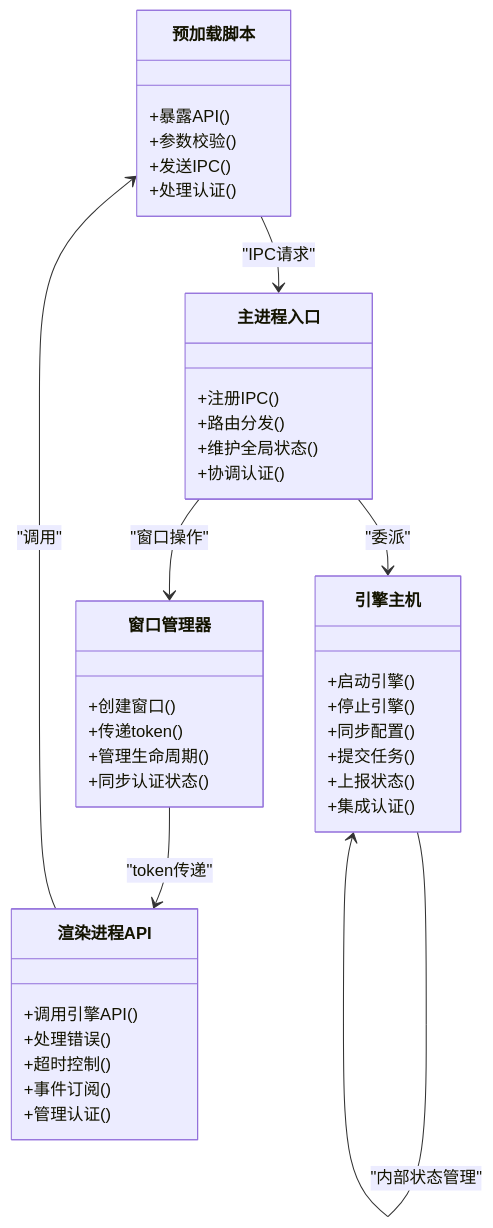
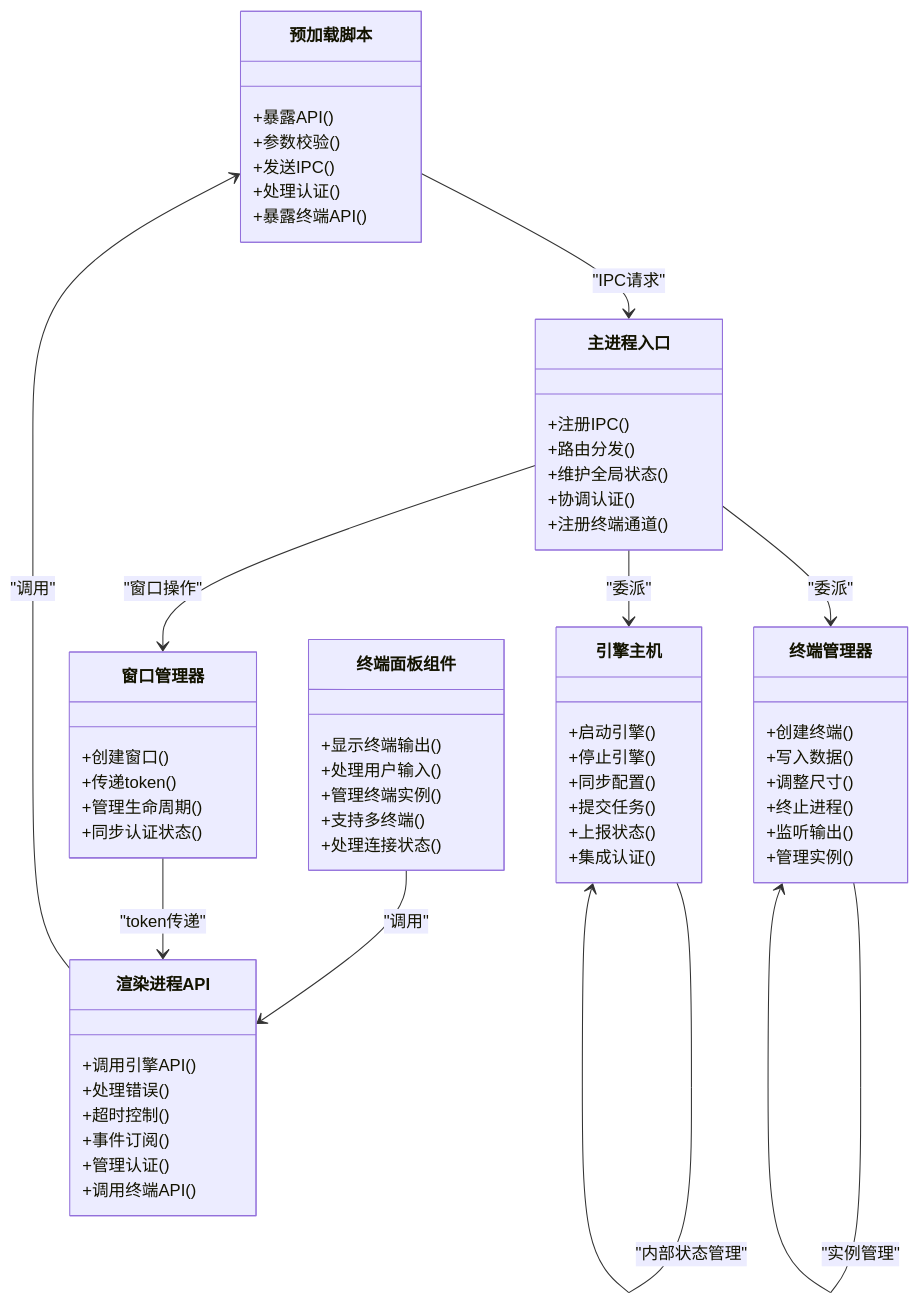
One commit to kkutysllb/KCoder changed the third of 4 diagrams in .qoder/repowiki/zh/content/API参考/IPC进程间通信.md. Above: the diagram before and after it, drawn with Mermaid. The commit also changed other lines of this file and 10 other files, not shown here.

````diff
--- a/.qoder/repowiki/zh/content/API参考/IPC进程间通信.md
+++ b/.qoder/repowiki/zh/content/API参考/IPC进程间通信.md
@@ -231,42 +295,63 @@
 ```mermaid
 classDiagram
 class 预加载脚本 {
 +暴露API()
 +参数校验()
 +发送IPC()
 +处理认证()
++暴露终端API()
 }
 class 主进程入口 {
 +注册IPC()
 +路由分发()
 +维护全局状态()
 +协调认证()
++注册终端通道()
 }
 class 窗口管理器 {
 +创建窗口()
 +传递token()
 +管理生命周期()
 +同步认证状态()
 }
 class 引擎主机 {
 +启动引擎()
 +停止引擎()
 +同步配置()
 +提交任务()
 +上报状态()
 +集成认证()
 }
+class 终端管理器 {
++创建终端()
++写入数据()
++调整尺寸()
++终止进程()
++监听输出()
++管理实例()
+}
 class 渲染进程API {
 +调用引擎API()
 +处理错误()
 +超时控制()
 +事件订阅()
 +管理认证()
++调用终端API()
+}
+class 终端面板组件 {
++显示终端输出()
++处理用户输入()
++管理终端实例()
++支持多终端()
++处理连接状态()
 }
 渲染进程API --> 预加载脚本 : "调用"
 预加载脚本 --> 主进程入口 : "IPC请求"
 主进程入口 --> 窗口管理器 : "窗口操作"
 主进程入口 --> 引擎主机 : "委派"
+主进程入口 --> 终端管理器 : "委派"
+终端面板组件 --> 渲染进程API : "调用"
 窗口管理器 --> 渲染进程API : "token传递"
 引擎主机 --> 引擎主机 : "内部状态管理"
+终端管理器 --> 终端管理器 : "实例管理"
 ```
````
